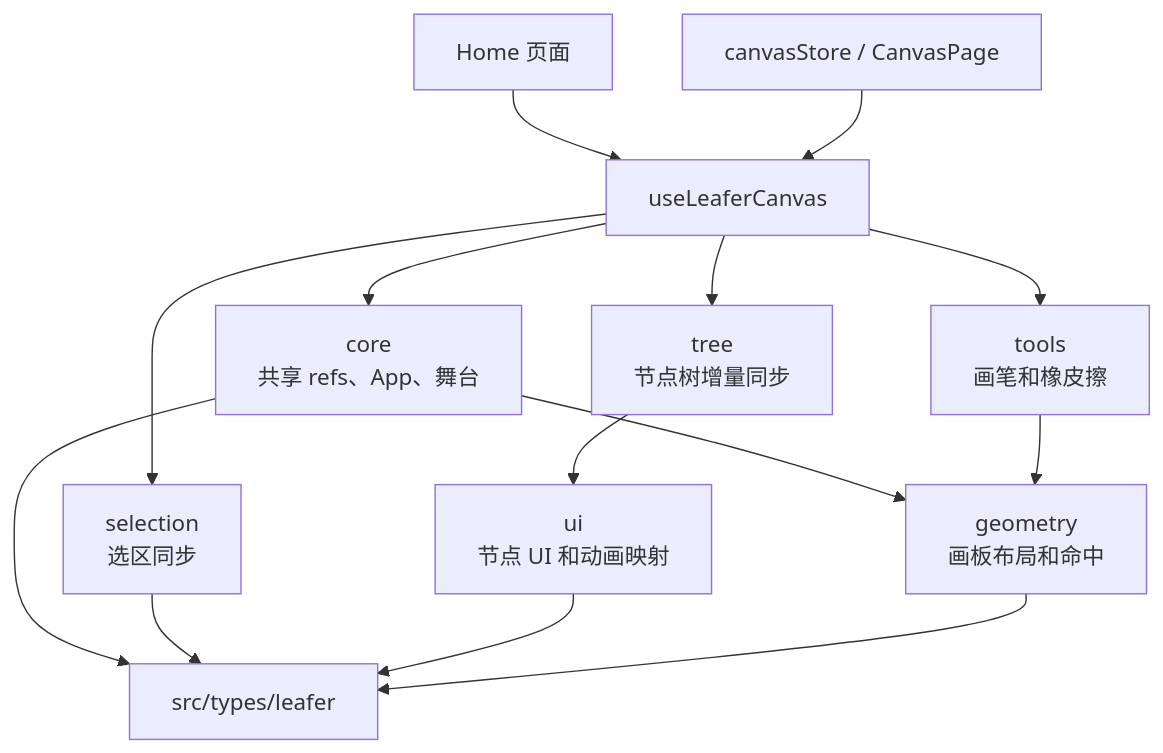
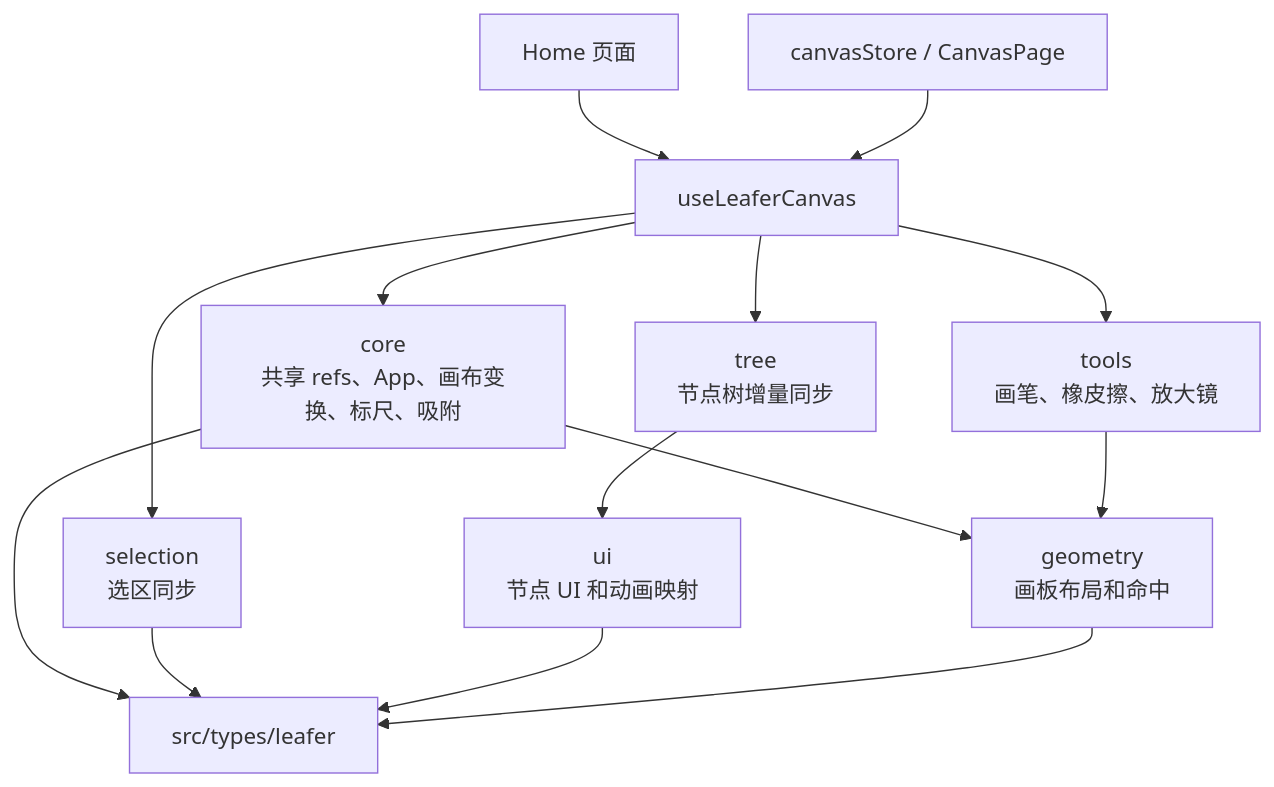
Before and after one commit to Tajigaqzh/paint-canvas: the first of 2 diagrams in README.md, drawn with Mermaid. The commit also changed other lines of this file and 32 other files, not shown here.

````diff
--- a/README.md
+++ b/README.md
@@ -129,18 +138,18 @@
 ```mermaid
 flowchart TD
   Home[Home 页面] --> Entry[useLeaferCanvas]
   Store[canvasStore / CanvasPage] --> Entry
 
-  Entry --> Core[core<br/>共享 refs、App、舞台]
+  Entry --> Core[core<br/>共享 refs、App、画布变换、标尺、吸附]
   Entry --> Tree[tree<br/>节点树增量同步]
-  Entry --> Tools[tools<br/>画笔和橡皮擦]
+  Entry --> Tools[tools<br/>画笔、橡皮擦、放大镜]
   Entry --> Selection[selection<br/>选区同步]
 
   Core --> Geometry[geometry<br/>画板布局和命中]
   Tools --> Geometry
   Tree --> UI[ui<br/>节点 UI 和动画映射]
   Core --> Types[src/types/leafer]
   Selection --> Types
   UI --> Types
   Geometry --> Types
 ```
````
